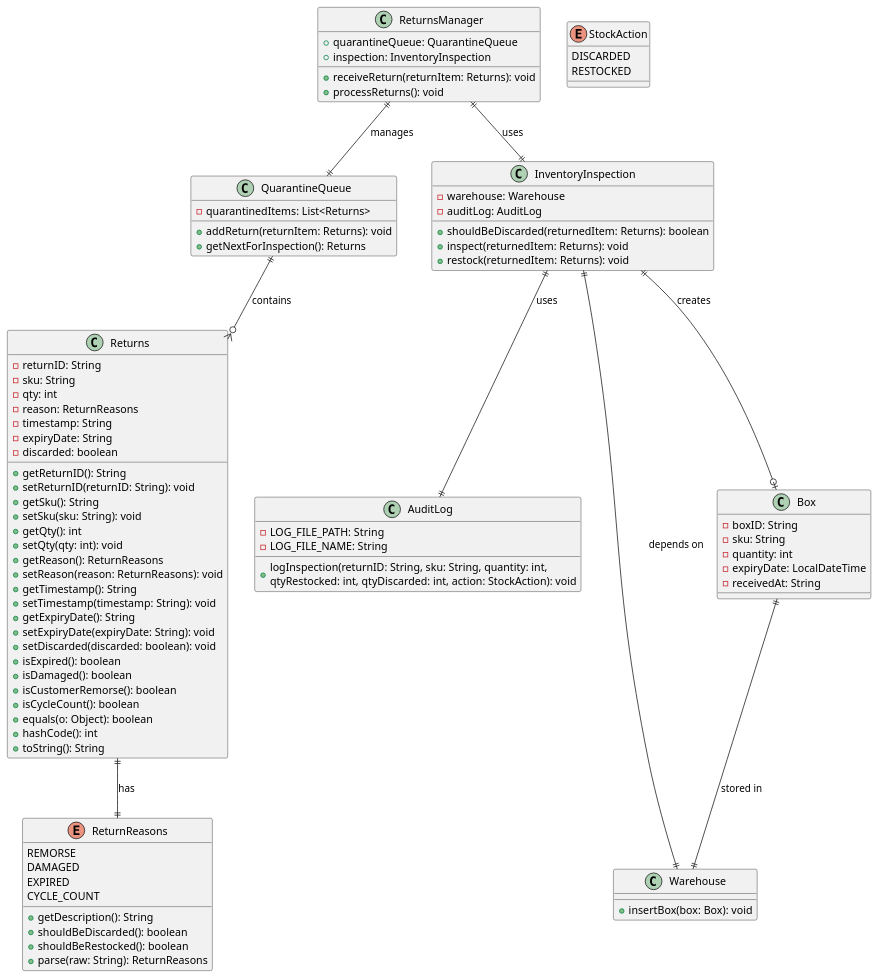
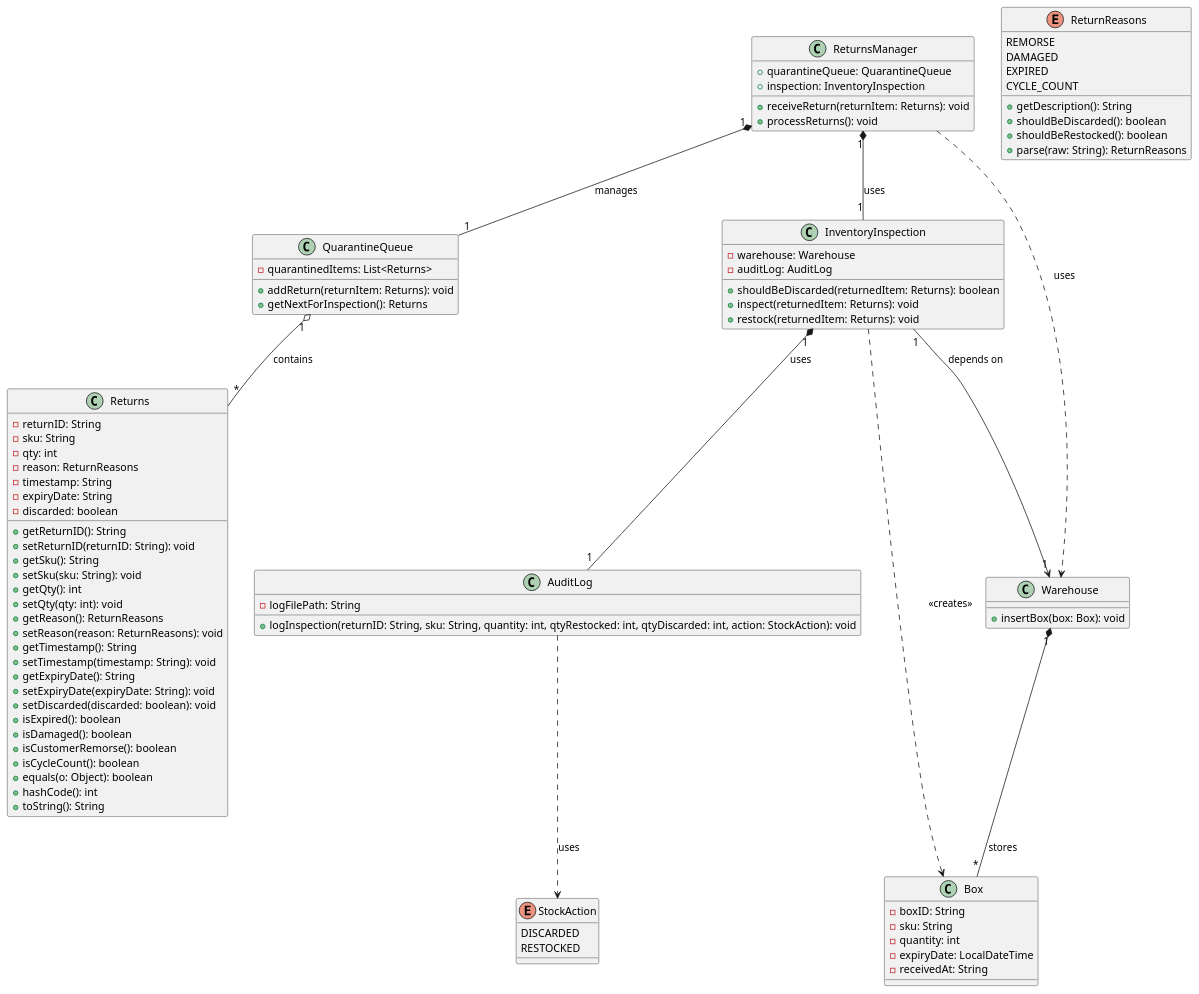
One commit to ivasduarte/logistics-on-rails changed the diagram in doc/sprint-1/usei05/03. design/puml/USEI05-ClassDiagram.puml. Above: the diagram before and after it, drawn with PlantUML. The commit also changed 12 other files, not shown here.

```diff
--- a/doc/sprint-1/usei05/03. design/puml/USEI05-ClassDiagram.puml
+++ b/doc/sprint-1/usei05/03. design/puml/USEI05-ClassDiagram.puml
@@ -1,98 +1,102 @@
 @startuml
 
 class ReturnsManager {
     + quarantineQueue: QuarantineQueue
     + inspection: InventoryInspection
     + receiveReturn(returnItem: Returns): void
     + processReturns(): void
 }
 
 class QuarantineQueue {
     - quarantinedItems: List<Returns>
     + addReturn(returnItem: Returns): void
     + getNextForInspection(): Returns
 }
 
 class InventoryInspection {
     - warehouse: Warehouse
     - auditLog: AuditLog
     + shouldBeDiscarded(returnedItem: Returns): boolean
     + inspect(returnedItem: Returns): void
     + restock(returnedItem: Returns): void
 }
 
 class AuditLog {
-    - LOG_FILE_PATH: String
-    - LOG_FILE_NAME: String
-    + logInspection(returnID: String, sku: String, quantity: int, \nqtyRestocked: int, qtyDiscarded: int, action: StockAction): void
+    - logFilePath: String
+    + logInspection(returnID: String, sku: String, quantity: int, qtyRestocked: int, qtyDiscarded: int, action: StockAction): void
 }
 
 class Returns {
     - returnID: String
     - sku: String
     - qty: int
     - reason: ReturnReasons
     - timestamp: String
     - expiryDate: String
     - discarded: boolean
     + getReturnID(): String
     + setReturnID(returnID: String): void
     + getSku(): String
     + setSku(sku: String): void
     + getQty(): int
     + setQty(qty: int): void
     + getReason(): ReturnReasons
     + setReason(reason: ReturnReasons): void
     + getTimestamp(): String
     + setTimestamp(timestamp: String): void
     + getExpiryDate(): String
     + setExpiryDate(expiryDate: String): void
     + setDiscarded(discarded: boolean): void
     + isExpired(): boolean
     + isDamaged(): boolean
     + isCustomerRemorse(): boolean
     + isCycleCount(): boolean
     + equals(o: Object): boolean
     + hashCode(): int
     + toString(): String
 }
 
 enum ReturnReasons {
     REMORSE
     DAMAGED
     EXPIRED
     CYCLE_COUNT
     + getDescription(): String
     + shouldBeDiscarded(): boolean
     + shouldBeRestocked(): boolean
     + parse(raw: String): ReturnReasons
 }
 
 enum StockAction {
     DISCARDED
     RESTOCKED
 }
 
 class Warehouse {
     + insertBox(box: Box): void
 }
 
 class Box {
     - boxID: String
     - sku: String
     - quantity: int
     - expiryDate: LocalDateTime
     - receivedAt: String
 }
 
 ' Relationships
-ReturnsManager ||--|| QuarantineQueue : "manages"
-ReturnsManager ||--|| InventoryInspection : "uses"
-QuarantineQueue ||--o{ Returns : "contains"
-InventoryInspection ||--|| Warehouse : "depends on"
-InventoryInspection ||--|| AuditLog : "uses"
-Returns ||--|| ReturnReasons : "has"
-InventoryInspection ||--o| Box : "creates"
-Box ||--|| Warehouse : "stored in"
+ReturnsManager "1" *-- "1" QuarantineQueue : manages
+ReturnsManager "1" *-- "1" InventoryInspection : uses
+ReturnsManager ..> Warehouse : uses
+
+QuarantineQueue "1" o-- "*" Returns : contains
+
+InventoryInspection "1" --> "1" Warehouse : depends on
+InventoryInspection "1" *-- "1" AuditLog : uses
+InventoryInspection ..> Box : <<creates>>
+
+AuditLog ..> StockAction : uses
+
+Warehouse "1" *-- "*" Box : stores
 
 @enduml
```
